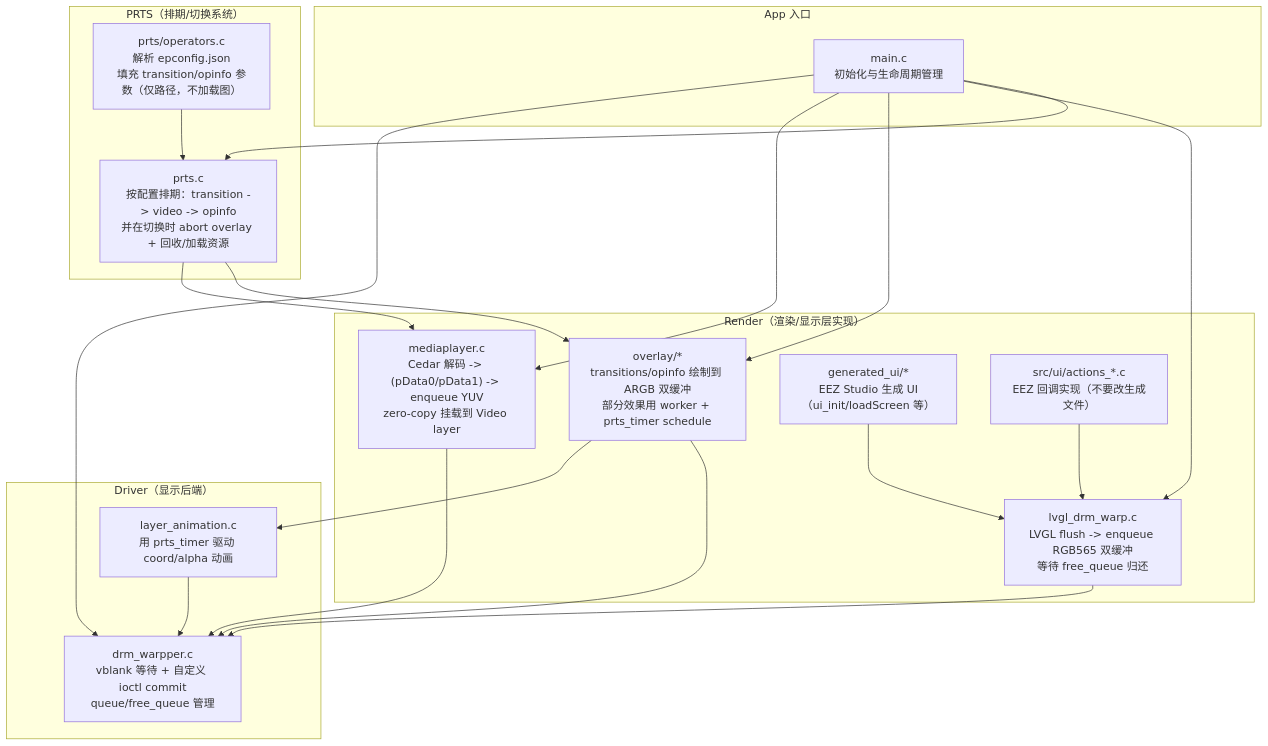
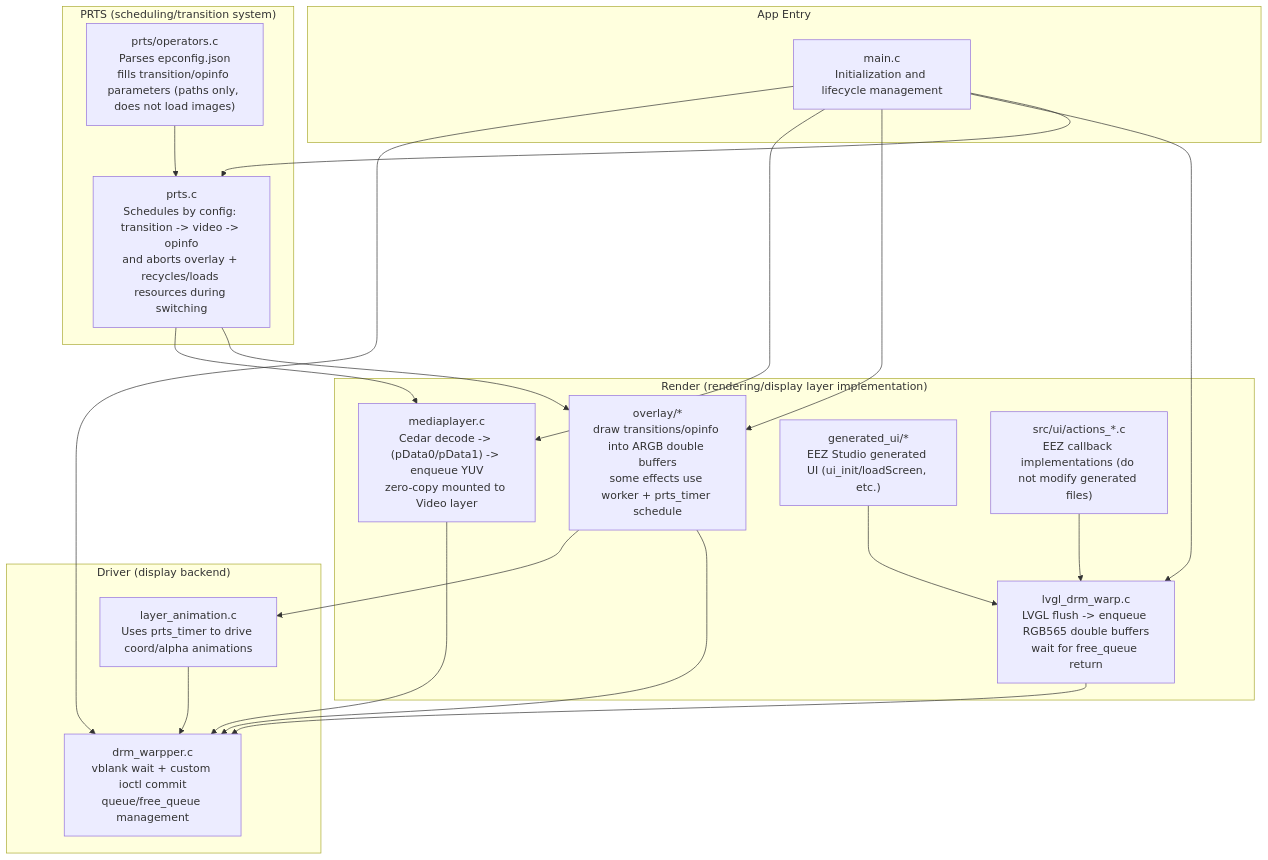
The first of 2 diagrams in drm_arch_app/docs/application_structure.md (rhodesepass/drm_arch_app), drawn with Mermaid before and after one commit. The commit also changed other lines of this file and 44 other files, not shown here.

````diff
--- a/drm_arch_app/docs/application_structure.md
+++ b/drm_arch_app/docs/application_structure.md
@@ -44,43 +44,43 @@
 ```mermaid
 graph TD
 
-    subgraph APP["App 入口"]
-        MAIN["main.c<br/>初始化与生命周期管理"]
+    subgraph APP["App Entry"]
+        MAIN["main.c<br/>Initialization and lifecycle management"]
     end
 
-    subgraph DRIVER["Driver（显示后端）"]
-        DW["drm_warpper.c<br/>vblank 等待 + 自定义 ioctl commit<br/>queue/free_queue 管理"]
-        LA["layer_animation.c<br/>用 prts_timer 驱动 coord/alpha 动画"]
+    subgraph DRIVER["Driver (display backend)"]
+        DW["drm_warpper.c<br/>vblank wait + custom ioctl commit<br/>queue/free_queue management"]
+        LA["layer_animation.c<br/>Uses prts_timer to drive coord/alpha animations"]
         LA --> DW
     end
 
-    subgraph RENDER["Render（渲染/显示层实现）"]
-        MP["mediaplayer.c<br/>Cedar 解码 -> (pData0/pData1) -> enqueue YUV<br/>zero-copy 挂载到 Video layer"]
-        OL["overlay/*<br/>transitions/opinfo 绘制到 ARGB 双缓冲<br/>部分效果用 worker + prts_timer schedule"]
-        LVW["lvgl_drm_warp.c<br/>LVGL flush -> enqueue RGB565 双缓冲<br/>等待 free_queue 归还"]
-        EEZ["generated_ui/*<br/>EEZ Studio 生成 UI（ui_init/loadScreen 等）"]
-        ACTIONS["src/ui/actions_*.c<br/>EEZ 回调实现（不要改生成文件）"]
+    subgraph RENDER["Render (rendering/display layer implementation)"]
+        MP["mediaplayer.c<br/>Cedar decode -> (pData0/pData1) -> enqueue YUV<br/>zero-copy mounted to Video layer"]
+        OL["overlay/*<br/>draw transitions/opinfo into ARGB double buffers<br/>some effects use worker + prts_timer schedule"]
+        LVW["lvgl_drm_warp.c<br/>LVGL flush -> enqueue RGB565 double buffers<br/>wait for free_queue return"]
+        EEZ["generated_ui/*<br/>EEZ Studio generated UI (ui_init/loadScreen, etc.)"]
+        ACTIONS["src/ui/actions_*.c<br/>EEZ callback implementations (do not modify generated files)"]
         EEZ --> LVW
         ACTIONS --> LVW
         OL --> LA
     end
 
-    subgraph PRTS["PRTS（排期/切换系统）"]
-        P["prts.c<br/>按配置排期：transition -> video -> opinfo<br/>并在切换时 abort overlay + 回收/加载资源"]
-        OPS["prts/operators.c<br/>解析 epconfig.json<br/>填充 transition/opinfo 参数（仅路径，不加载图）"]
+    subgraph PRTS["PRTS (scheduling/transition system)"]
+        P["prts.c<br/>Schedules by config: transition -> video -> opinfo<br/>and aborts overlay + recycles/loads resources during switching"]
+        OPS["prts/operators.c<br/>Parses epconfig.json<br/>fills transition/opinfo parameters (paths only, does not load images)"]
         OPS --> P
     end
 
     MAIN --> DW
     MAIN --> MP
     MAIN --> OL
     MAIN --> LVW
     MAIN --> P
 
     P --> MP
     P --> OL
 
     MP --> DW
     OL --> DW
     LVW --> DW
 ```
````
